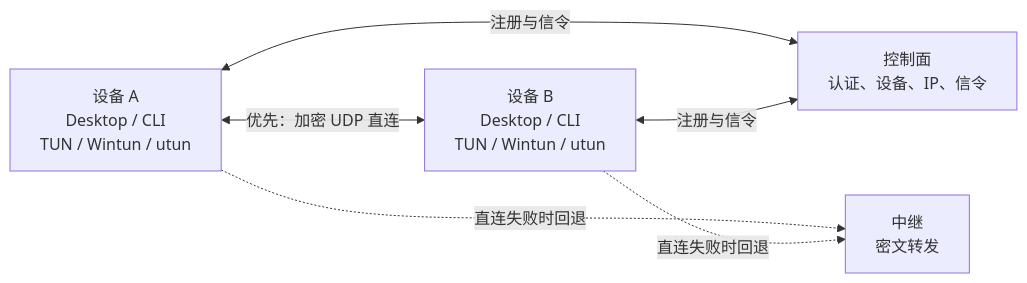
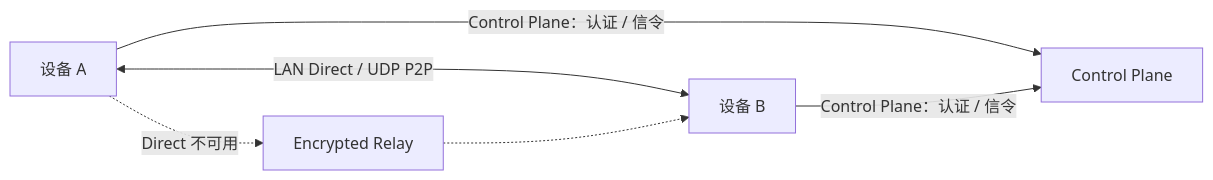
One commit to yhan-sun/p2wlan changed the diagram in README.md. Above: the diagram before and after it, drawn with Mermaid. The commit also changed other lines of this file and 1 other file, not shown here.

````diff
--- a/README.md
+++ b/README.md
@@ -140,13 +115,8 @@
 ```mermaid
 flowchart LR
-    A["设备 A<br/>Desktop / CLI<br/>TUN / Wintun / utun"]
-    B["设备 B<br/>Desktop / CLI<br/>TUN / Wintun / utun"]
-    C["控制面<br/>认证、设备、IP、信令"]
-    R["中继<br/>密文转发"]
-
-    A <-->|"优先：加密 UDP 直连"| B
-    A <-->|"注册与信令"| C
-    B <-->|"注册与信令"| C
-    A -.->|"直连失败时回退"| R
-    B -.->|"直连失败时回退"| R
+    A[设备 A] <-->|"LAN Direct / UDP P2P"| B[设备 B]
+    A -->|"Control Plane：认证 / 信令"| C[Control Plane]
+    B -->|"Control Plane：认证 / 信令"| C
+    A -.->|"Direct 不可用"| R[Encrypted Relay]
+    R -.-> B
 ```
````
